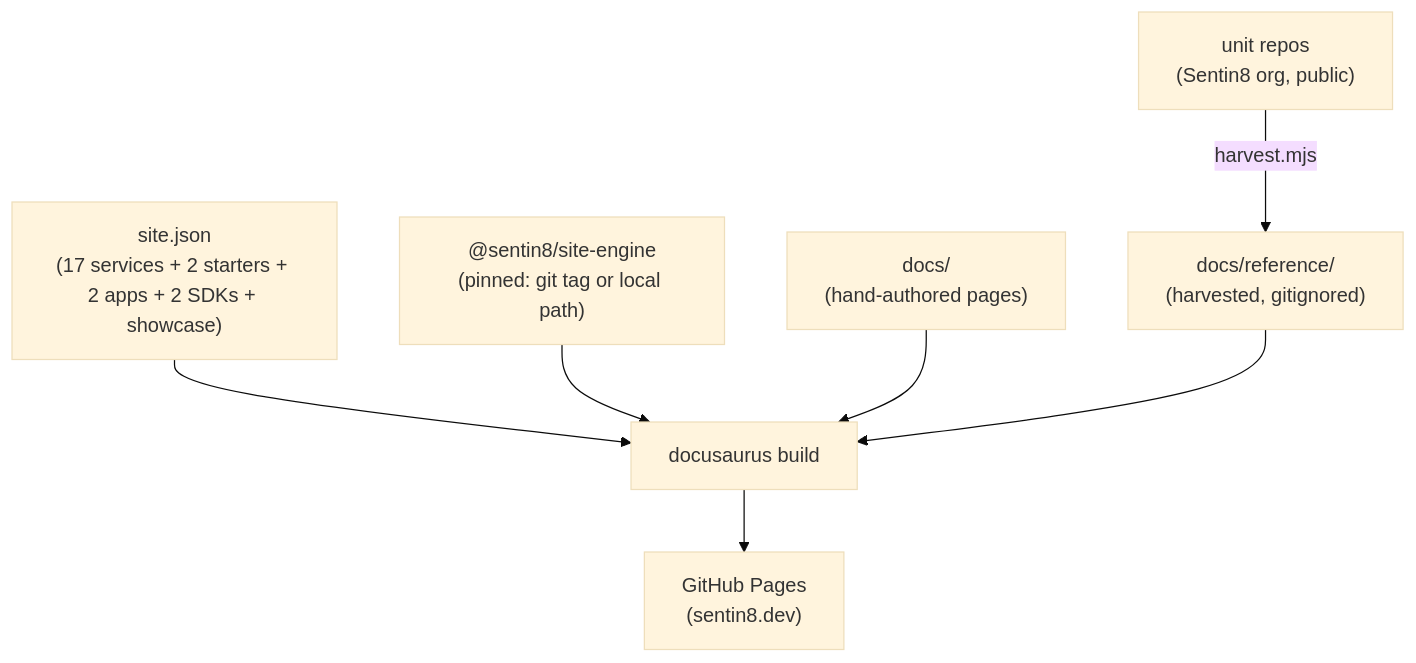
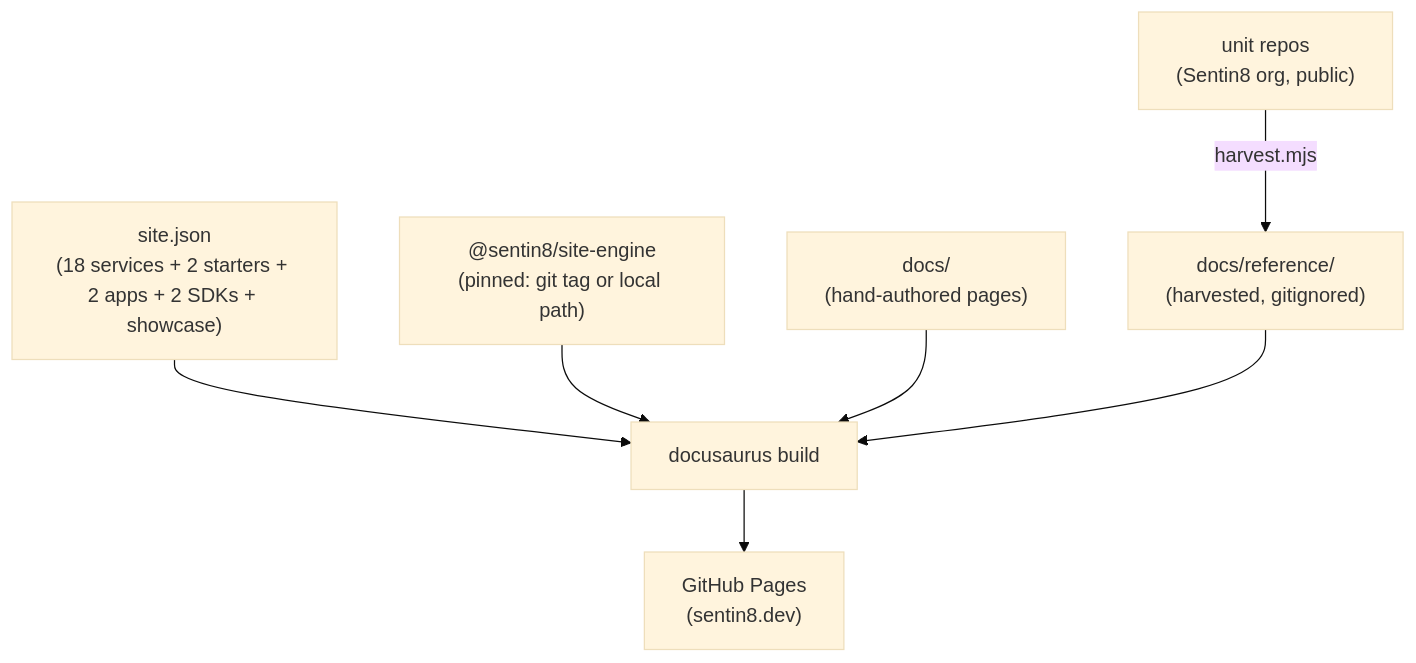
Before and after one commit to Sentin8/sentin8-site: the diagram in README.md, drawn with Mermaid (base theme). The commit also changed other lines of this file and 6 other files, not shown here.

````diff
--- a/README.md
+++ b/README.md
@@ -34,16 +34,16 @@
 ```mermaid
 graph TD
-    SJ["site.json<br/>(17 services + 2 starters + 2 apps + 2 SDKs + showcase)"]
+    SJ["site.json<br/>(18 services + 2 starters + 2 apps + 2 SDKs + showcase)"]
     ENGINE["@sentin8/site-engine<br/>(pinned: git tag or local path)"]
     DOCS["docs/<br/>(hand-authored pages)"]
     REF["docs/reference/<br/>(harvested, gitignored)"]
     BUILD["docusaurus build"]
     PAGES["GitHub Pages<br/>(sentin8.dev)"]
 
     SJ --> BUILD
     ENGINE --> BUILD
     DOCS --> BUILD
     REPOS["unit repos<br/>(Sentin8 org, public)"] -- "harvest.mjs" --> REF
     REF --> BUILD
     BUILD --> PAGES
 ```
````
